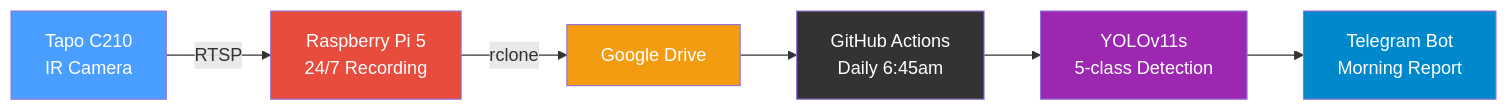
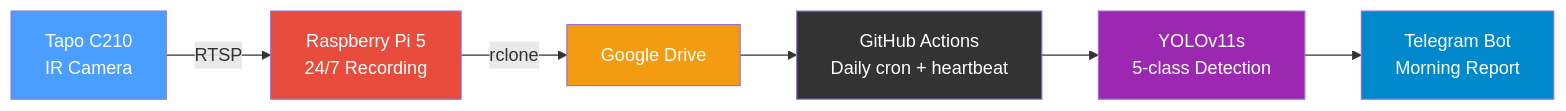
The first of 3 diagrams in README.md (iknoest/fair-feeder), drawn with Mermaid before and after one commit. The commit also changed other lines of this file and 3 other files, not shown here.

````diff
--- a/README.md
+++ b/README.md
@@ -24,15 +24,15 @@
 ```mermaid
 graph LR
     CAM[Tapo C210<br/>IR Camera] -->|RTSP| PI[Raspberry Pi 5<br/>24/7 Recording]
     PI -->|rclone| DRIVE[Google Drive]
-    DRIVE --> CI[GitHub Actions<br/>Daily 6:45am]
+    DRIVE --> CI[GitHub Actions<br/>Daily cron + heartbeat]
     CI --> YOLO[YOLOv11s<br/>5-class Detection]
     YOLO --> TG[Telegram Bot<br/>Morning Report]
 
     style CAM fill:#4a9eff,color:#fff
     style PI fill:#e74c3c,color:#fff
     style DRIVE fill:#f39c12,color:#fff
     style CI fill:#333,color:#fff
     style YOLO fill:#9c27b0,color:#fff
     style TG fill:#0088cc,color:#fff
 ```
````
